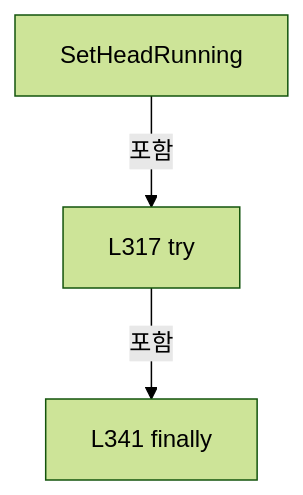
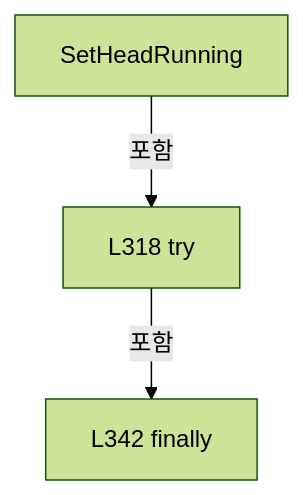
The seventh of 27 diagrams in A3 LD Code Ref/files/Drilling.Common/Product/CProductManager.cs.md (kjuws10-rgb/Shared), drawn with Mermaid (forest theme) before and after one commit. The commit also changed other lines of this file and 8055 other files, not shown here.

Commit message:
docs(a3): trace Stage Glass Data and refresh architecture and full code reference

````diff
--- a/A3 LD Code Ref/files/Drilling.Common/Product/CProductManager.cs.md
+++ b/A3 LD Code Ref/files/Drilling.Common/Product/CProductManager.cs.md
@@ -1185,8 +1186,8 @@
 ```mermaid
 flowchart TD
  M["SetHeadRunning"]
- N0["L317 try"]
+ N0["L318 try"]
  M -->|포함| N0
- N1["L341 finally"]
+ N1["L342 finally"]
  N0 -->|포함| N1
 ```
````
